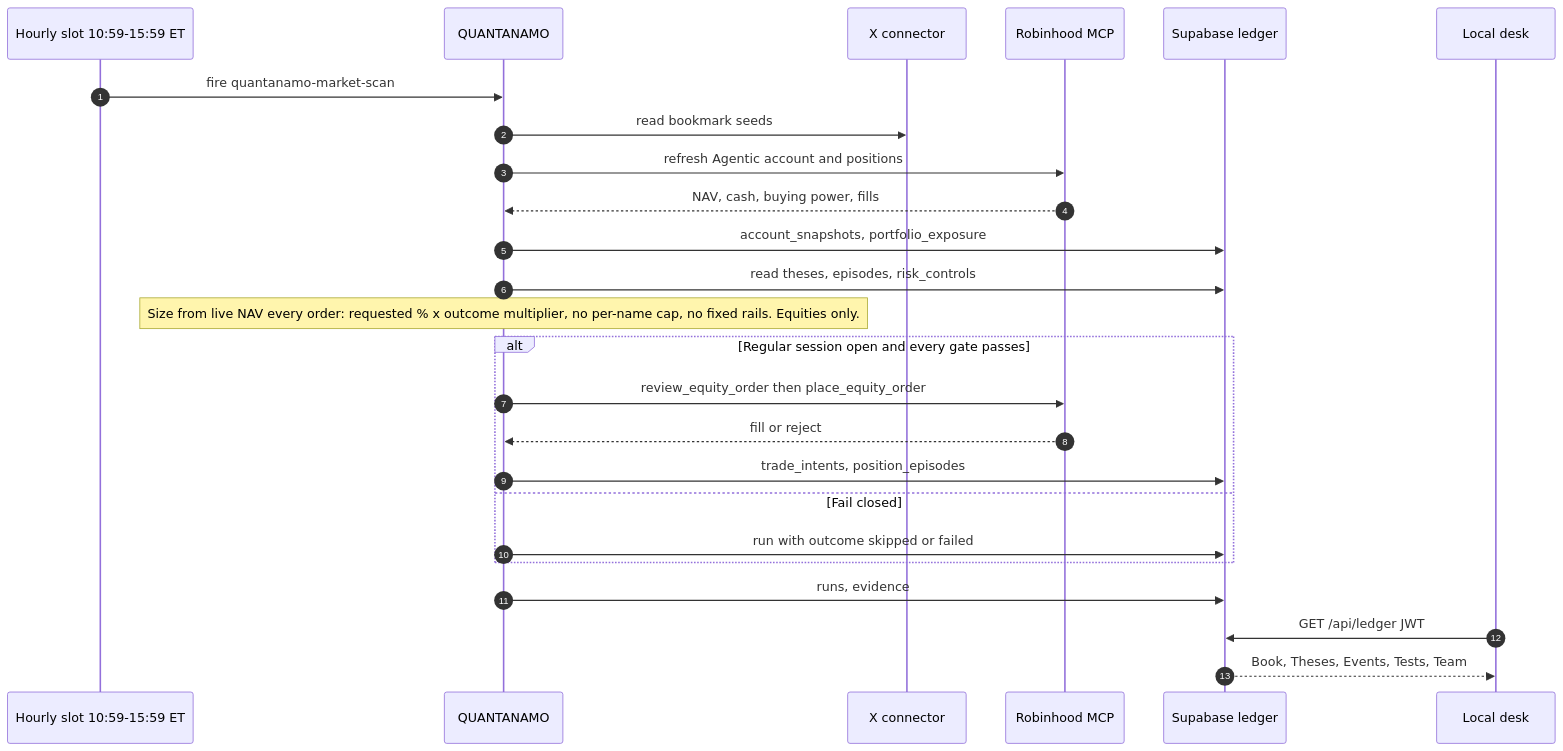
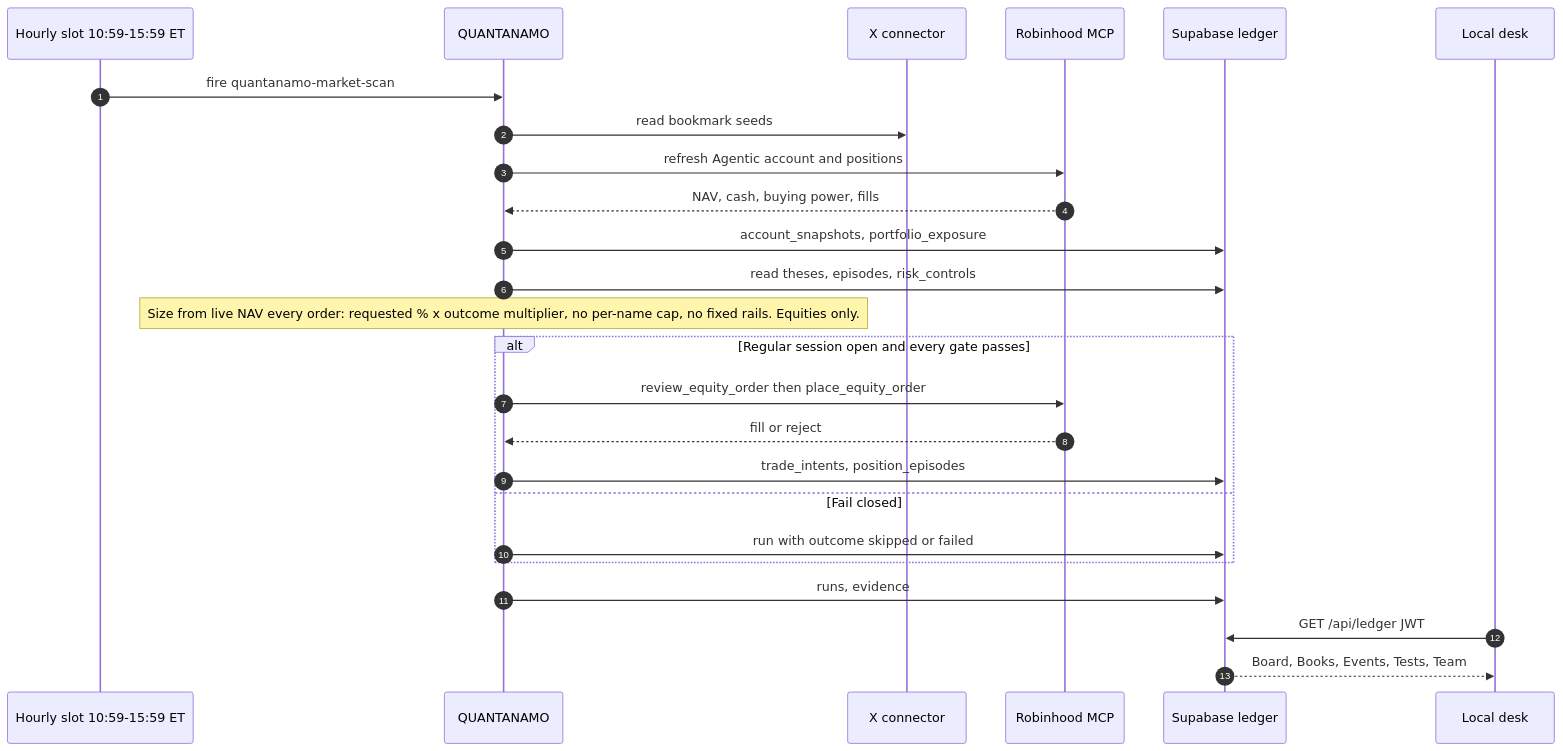
The second of 3 diagrams in README.md (dwallach1/grasshopper), drawn with Mermaid before and after one commit. The commit also changed other lines of this file and 29 other files, not shown here.

First line of the commit message:
desk: merge Book and Theses into one Books page, organized by steward

````diff
--- a/README.md
+++ b/README.md
@@ -73,28 +73,28 @@
 ```mermaid
 sequenceDiagram
   autonumber
   participant Slot as Hourly slot 10:59-15:59 ET
   participant Bot as QUANTANAMO
   participant X as X connector
   participant RH as Robinhood MCP
   participant DB as Supabase ledger
   participant Desk as Local desk
 
   Slot->>Bot: fire quantanamo-market-scan
   Bot->>X: read bookmark seeds
   Bot->>RH: refresh Agentic account and positions
   RH-->>Bot: NAV, cash, buying power, fills
   Bot->>DB: account_snapshots, portfolio_exposure
   Bot->>DB: read theses, episodes, risk_controls
   Note over Bot: Size from live NAV every order: requested % x outcome multiplier, no per-name cap, no fixed rails. Equities only.
   alt Regular session open and every gate passes
     Bot->>RH: review_equity_order then place_equity_order
     RH-->>Bot: fill or reject
     Bot->>DB: trade_intents, position_episodes
   else Fail closed
     Bot->>DB: run with outcome skipped or failed
   end
   Bot->>DB: runs, evidence
   Desk->>DB: GET /api/ledger JWT
-  DB-->>Desk: Book, Theses, Events, Tests, Team
+  DB-->>Desk: Board, Books, Events, Tests, Team
 ```
````
